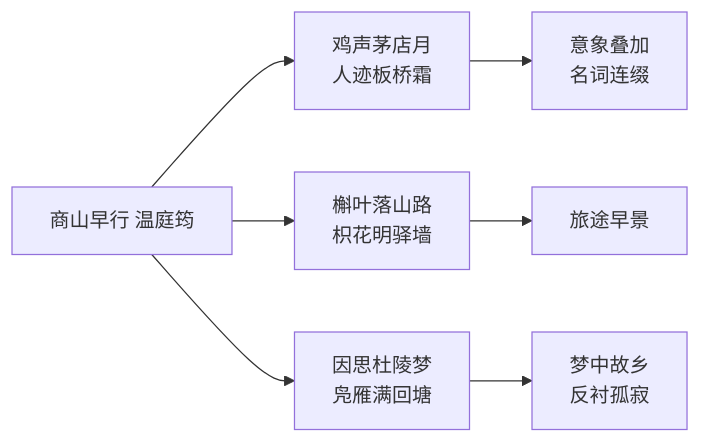
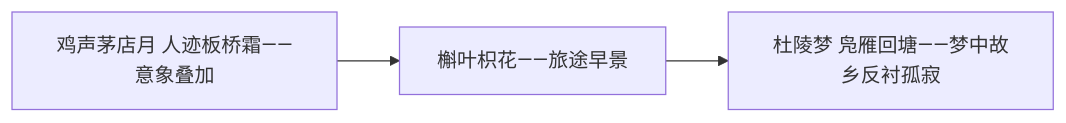
One commit to moirakk/beijing-study-portal changed the fourth of 4 diagrams in content/chinese/grade9-1/ch3/t6/note.md. Above: the diagram before and after it, drawn with Mermaid. The commit also changed other lines of this file and 30 other files, not shown here.

````diff
--- a/content/chinese/grade9-1/ch3/t6/note.md
+++ b/content/chinese/grade9-1/ch3/t6/note.md
@@ -65,9 +53,5 @@
 ```mermaid
 flowchart LR
-    A[商山早行 温庭筠] --> B[鸡声茅店月<br/>人迹板桥霜]
-    B --> C[意象叠加<br/>名词连缀]
-    A --> D[槲叶落山路<br/>枳花明驿墙]
-    D --> E[旅途早景]
-    A --> F[因思杜陵梦<br/>凫雁满回塘]
-    F --> G[梦中故乡<br/>反衬孤寂]
+    A[鸡声茅店月 人迹板桥霜——意象叠加] --> B[槲叶枳花——旅途早景]
+    B --> C[杜陵梦 凫雁回塘——梦中故乡反衬孤寂]
 ```
````
